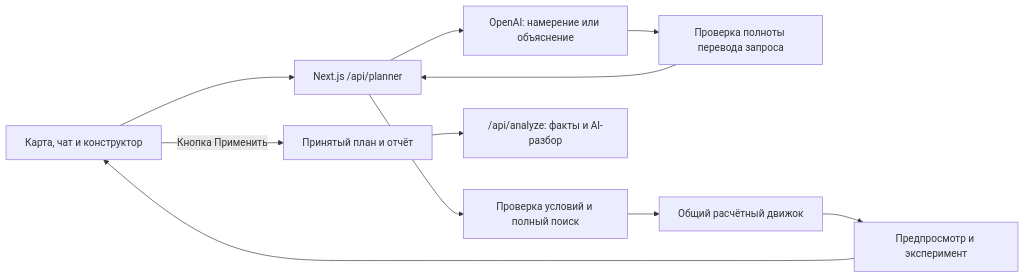
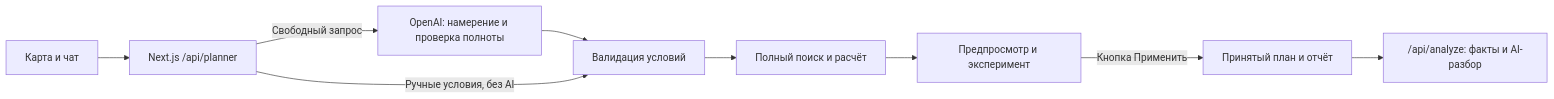
Before and after one commit to BAITC-Hacks/hack-46aa131a-chrollo: the diagram in README.md, drawn with Mermaid. The commit also changed other lines of this file, not shown here.

````diff
--- a/README.md
+++ b/README.md
@@ -192,13 +191,11 @@
 ```mermaid
 flowchart LR
-  UI["Карта, чат и конструктор"] --> API["Next.js /api/planner"]
-  API --> AI["OpenAI: намерение или объяснение"]
-  AI --> C["Проверка полноты перевода запроса"]
-  C --> API
-  API --> P["Проверка условий и полный поиск"]
-  P --> E["Общий расчётный движок"]
+  UI["Карта и чат"] --> API["Next.js /api/planner"]
+  API -->|"Свободный запрос"| AI["OpenAI: намерение и проверка полноты"]
+  AI --> P["Валидация условий"]
+  API -->|"Ручные условия, без AI"| P
+  P --> E["Полный поиск и расчёт"]
   E --> V["Предпросмотр и эксперимент"]
-  V --> UI
-  UI -->|"Кнопка Применить"| R["Принятый план и отчёт"]
+  V -->|"Кнопка Применить"| R["Принятый план и отчёт"]
   R --> A["/api/analyze: факты и AI-разбор"]
 ```
````
